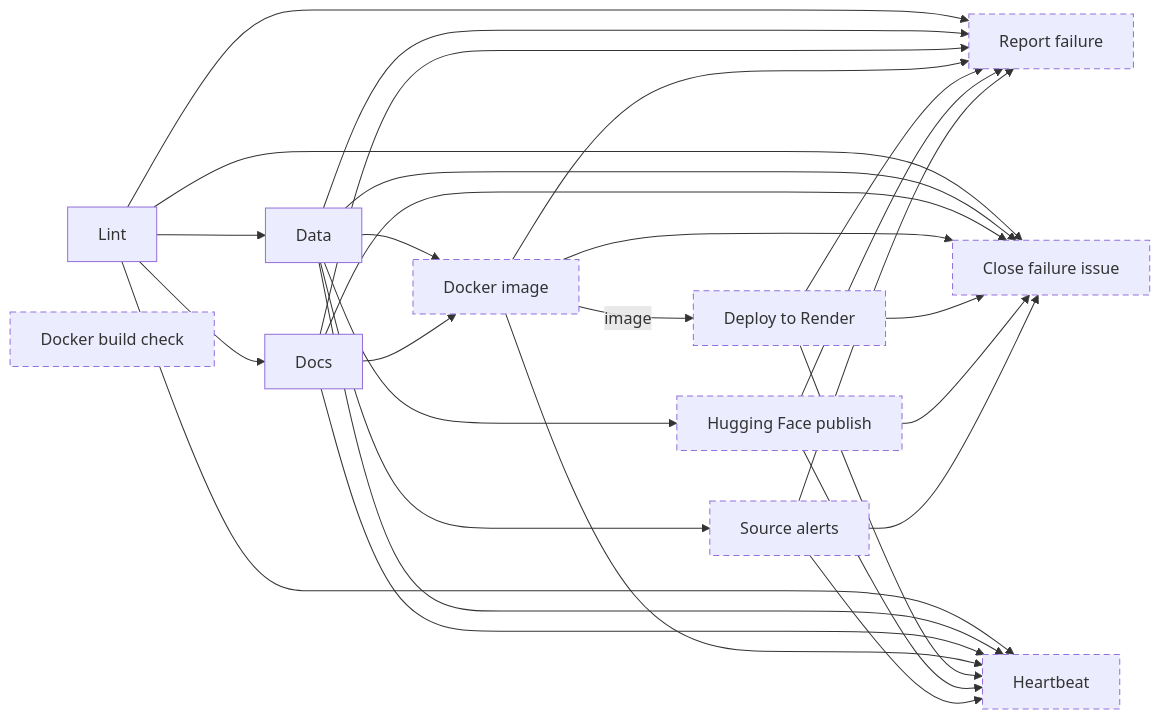
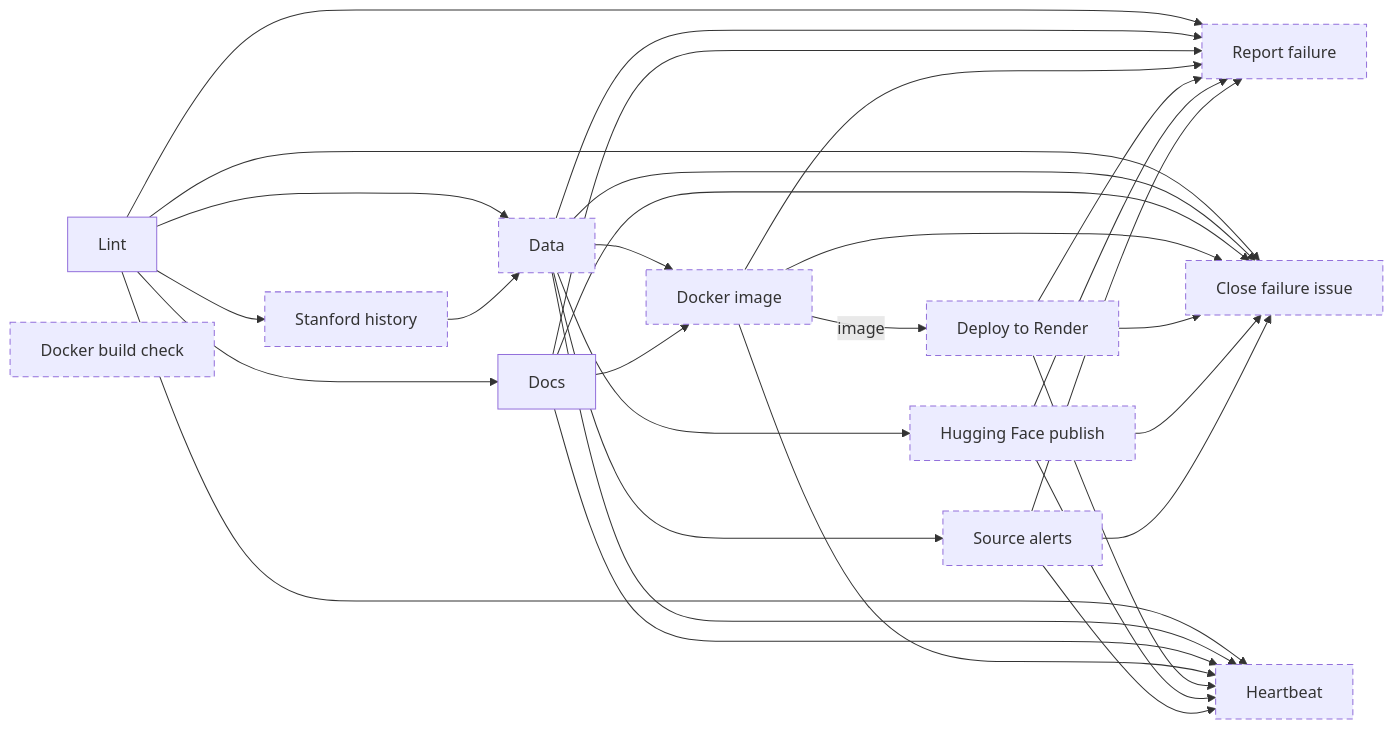
The second of 3 diagrams in docs/architecture.md (tryph0n/hybrid-tracker), drawn with Mermaid before and after one commit. The commit also changed other lines of this file and 5 other files, not shown here.

First line of the commit message:
feat(gnss): add the Stanford history run from 1 January 2022

````diff
--- a/docs/architecture.md
+++ b/docs/architecture.md
@@ -61,43 +61,46 @@
 ```mermaid
 flowchart LR
   classDef conditional stroke-dasharray: 6 4
   job_lint["Lint"]
-  job_data["Data"]
+  job_history["Stanford history"]:::conditional
+  job_data["Data"]:::conditional
   job_docs["Docs"]
   job_image_check["Docker build check"]:::conditional
   job_image["Docker image"]:::conditional
   job_deploy["Deploy to Render"]:::conditional
   job_publish["Hugging Face publish"]:::conditional
   job_report_failure["Report failure"]:::conditional
   job_source_alerts["Source alerts"]:::conditional
   job_close_failure["Close failure issue"]:::conditional
   job_heartbeat["Heartbeat"]:::conditional
+  job_lint --> job_history
   job_lint --> job_data
+  job_history --> job_data
   job_lint --> job_docs
   job_data --> job_image
   job_docs --> job_image
   job_image -->|image| job_deploy
   job_data --> job_publish
   job_lint --> job_report_failure
   job_data --> job_report_failure
   job_docs --> job_report_failure
   job_image --> job_report_failure
   job_deploy --> job_report_failure
   job_publish --> job_report_failure
   job_source_alerts --> job_report_failure
   job_data --> job_source_alerts
   job_lint --> job_close_failure
   job_data --> job_close_failure
   job_docs --> job_close_failure
   job_image --> job_close_failure
   job_deploy --> job_close_failure
   job_publish --> job_close_failure
   job_source_alerts --> job_close_failure
   job_lint --> job_heartbeat
   job_data --> job_heartbeat
   job_docs --> job_heartbeat
   job_image --> job_heartbeat
   job_deploy --> job_heartbeat
   job_publish --> job_heartbeat
   job_source_alerts --> job_heartbeat
 ```
````
